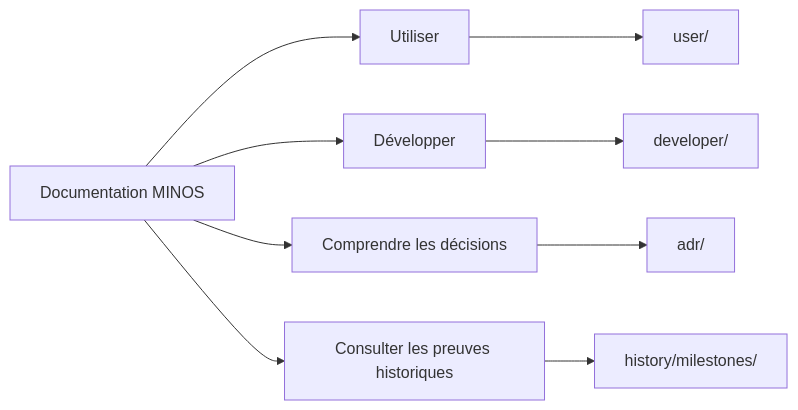
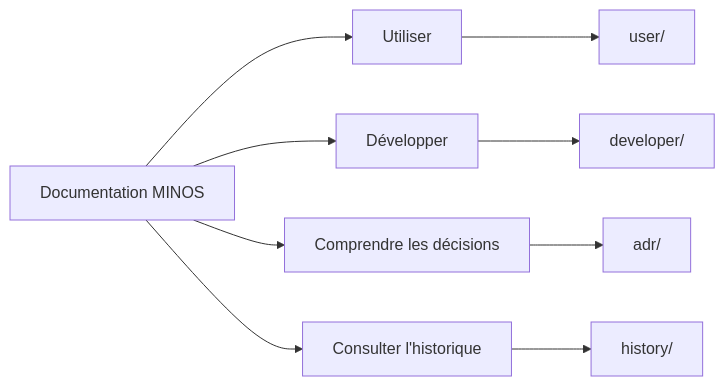
The diagram in docs/README.md (FTurleque/minos-code-intelligence), drawn with Mermaid before and after one commit. The commit also changed other lines of this file and 15 other files, not shown here.

````diff
--- a/docs/README.md
+++ b/docs/README.md
@@ -9,11 +9,11 @@
 ```mermaid
 flowchart LR
     A[Documentation MINOS] --> U[Utiliser]
     A --> D[Développer]
     A --> ADR[Comprendre les décisions]
-    A --> H[Consulter les preuves historiques]
+    A --> H[Consulter l'historique]
     U --> U1[user/]
     D --> D1[developer/]
     ADR --> A1[adr/]
-    H --> H1[history/milestones/]
+    H --> H1[history/]
 ```
````
